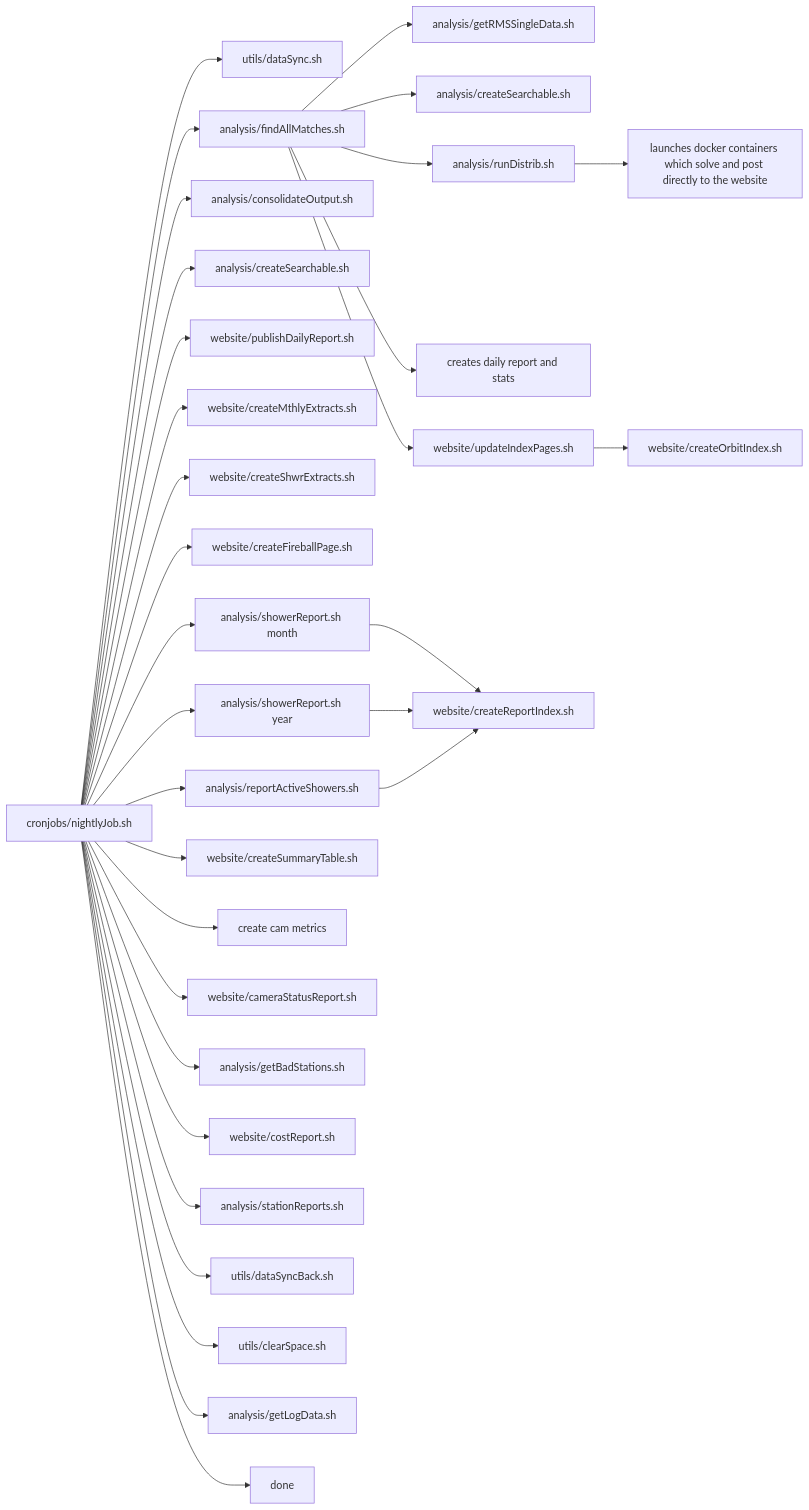
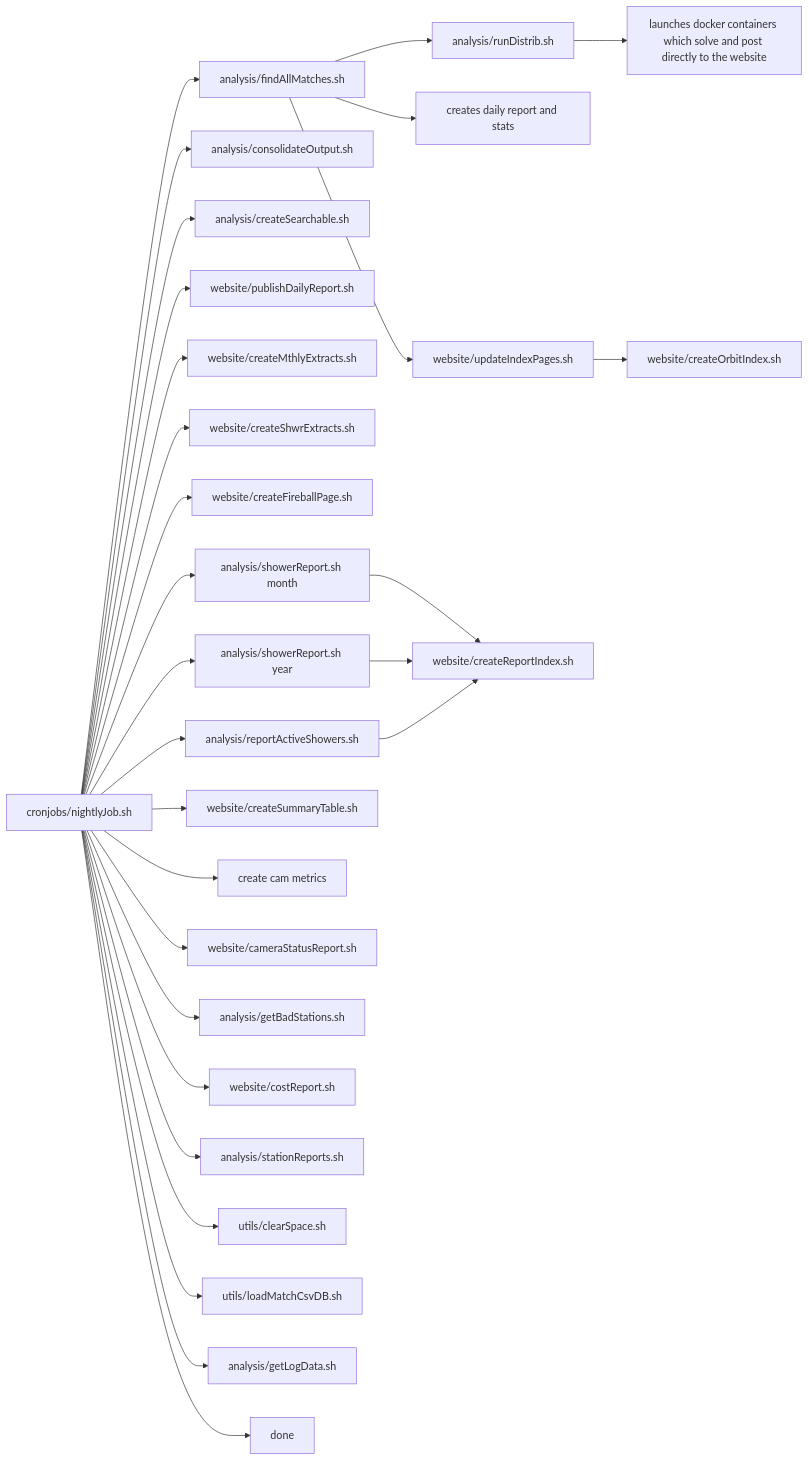
Before and after one commit to ukmda/ukmda-dataprocessing: the fourth of 4 diagrams in archive/README.md, drawn with Mermaid. The commit also changed other lines of this file and 1 other file, not shown here.

````diff
--- a/archive/README.md
+++ b/archive/README.md
@@ -79,37 +78,34 @@
 ```mermaid
     flowchart LR
 
-    nightly[cronjobs/nightlyJob.sh] --> datasync[utils/dataSync.sh]
-    nightly --> findmatches[analysis/findAllMatches.sh]
-    findmatches --> rmssngl[analysis/getRMSSingleData.sh]
-    findmatches --> srchabl[analysis/createSearchable.sh]
+    nightly[cronjobs/nightlyJob.sh] --> findmatches[analysis/findAllMatches.sh]
     findmatches --> rundist[analysis/runDistrib.sh]
     rundist --> trajcont[launches docker containers which solve and post directly to the website]
     findmatches --> daily[creates daily report and stats]
     findmatches --> indexes[website/updateIndexPages.sh]
     indexes --> orbidx[website/createOrbitIndex.sh]
     nightly --> consol[analysis/consolidateOutput.sh]
     nightly --> srch2[analysis/createSearchable.sh]
     nightly --> pubrep[website/publishDailyReport.sh]
     nightly --> mthly[website/createMthlyExtracts.sh]
     nightly --> shwr[website/createShwrExtracts.sh]
     nightly --> fireb[website/createFireballPage.sh]
     nightly --> swrepm[analysis/showerReport.sh month]
     swrepm --> repidx[website/createReportIndex.sh]
     nightly --> swrepy[analysis/showerReport.sh year]
     swrepy --> repidx[website/createReportIndex.sh]
     nightly --> activ[analysis/reportActiveShowers.sh]
     activ --> repidx[website/createReportIndex.sh]
     nightly --> summary[website/createSummaryTable.sh]
     nightly --> cammets[create cam metrics]
     nightly --> camstat[website/cameraStatusReport.sh]
     nightly --> statstat[analysis/getBadStations.sh]
     nightly --> costs[website/costReport.sh]
     nightly --> statreps[analysis/stationReports.sh]
-    nightly --> databack[utils/dataSyncBack.sh ]
     nightly --> clearsp[utils/clearSpace.sh ]
+    nightly --> mariadb[utils/loadMatchCsvDB.sh ]
     nightly --> getlogs[analysis/getLogData.sh]
     nightly --> done[done]
 
 
 ```
````
